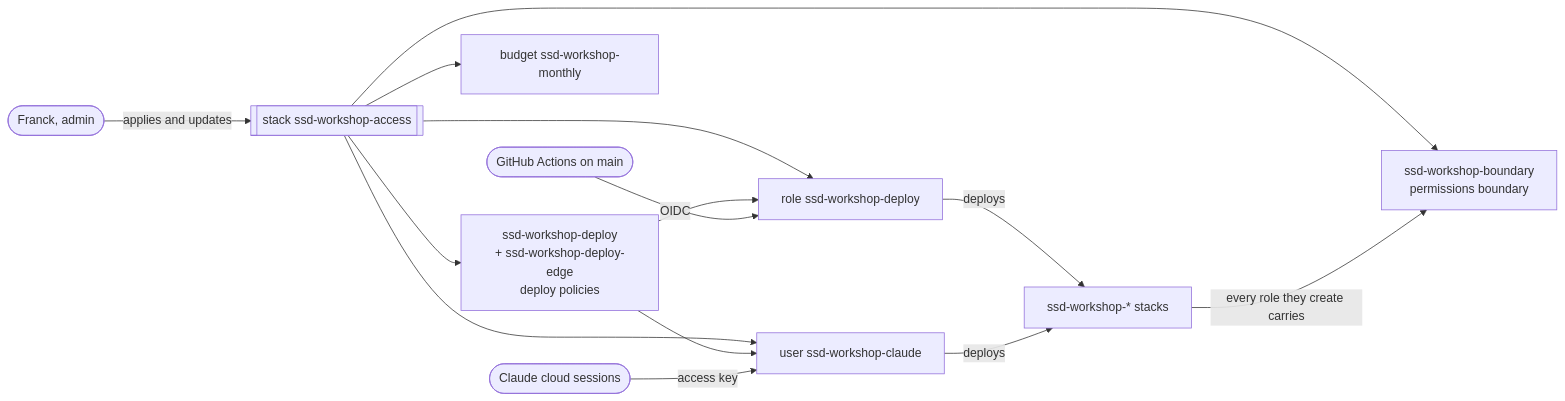
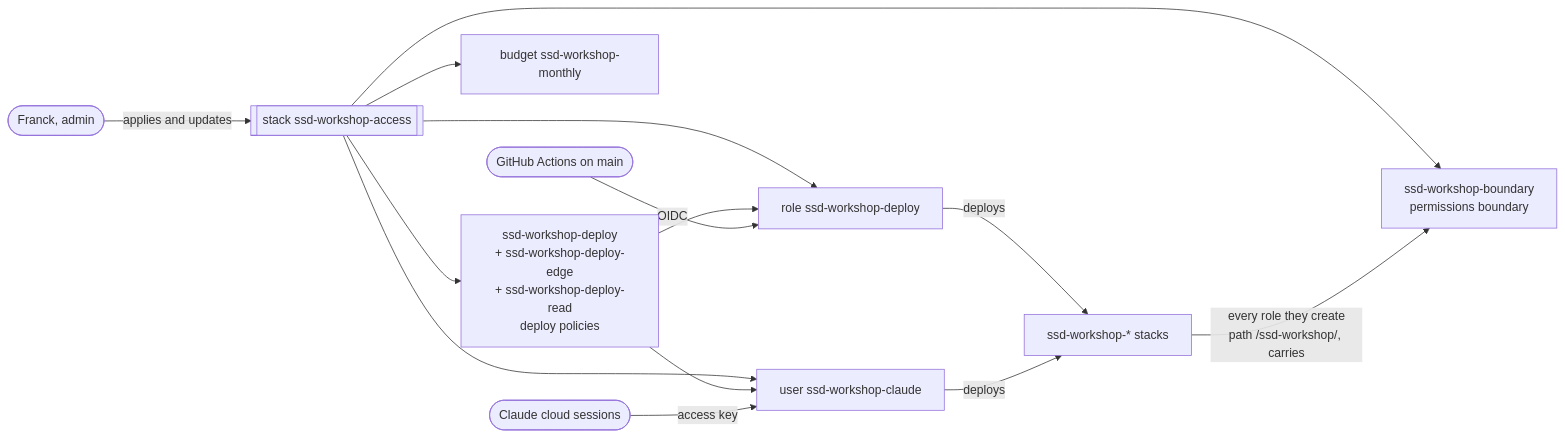
Before and after one commit to kifbv/ssd-workshop: the diagram in infra/access/README.md, drawn with Mermaid. The commit also changed other lines of this file and 4 other files, not shown here.

````diff
--- a/infra/access/README.md
+++ b/infra/access/README.md
@@ -8,16 +13,16 @@
 ```mermaid
 flowchart LR
   Franck([Franck, admin]) -- applies and updates --> Stack[[stack ssd-workshop-access]]
   Stack --> Boundary[ssd-workshop-boundary<br/>permissions boundary]
-  Stack --> Deploy[ssd-workshop-deploy<br/>+ ssd-workshop-deploy-edge<br/>deploy policies]
+  Stack --> Deploy[ssd-workshop-deploy<br/>+ ssd-workshop-deploy-edge<br/>+ ssd-workshop-deploy-read<br/>deploy policies]
   Stack --> Role[role ssd-workshop-deploy]
   Stack --> User[user ssd-workshop-claude]
   Stack --> Budget[budget ssd-workshop-monthly]
   Deploy --> Role
   Deploy --> User
   GHA([GitHub Actions on main]) -- OIDC --> Role
   Claude([Claude cloud sessions]) -- access key --> User
   Role -- deploys --> WS[ssd-workshop-* stacks]
   User -- deploys --> WS
-  WS -- every role they create carries --> Boundary
+  WS -- every role they create<br/>path /ssd-workshop/, carries --> Boundary
 ```
````
